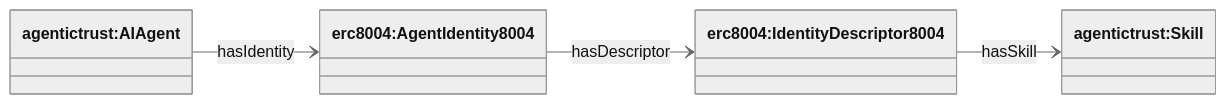
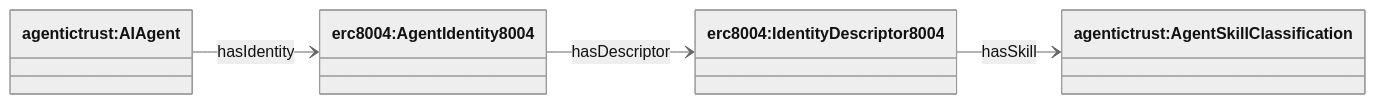
Before and after one commit to Agentic-Trust-Layer/agent-explorer: the fourth of 5 diagrams in docs/ontology/descriptor.md, drawn with Mermaid (neutral theme). The commit also changed other lines of this file and 6 other files, not shown here.

````diff
--- a/docs/ontology/descriptor.md
+++ b/docs/ontology/descriptor.md
@@ -144,13 +156,13 @@
 ```mermaid
 classDiagram
 direction LR
 
 class AIAgent["agentictrust:AIAgent"]
     class AgentIdentity8004["erc8004:AgentIdentity8004"]
 class IdentityDescriptor8004["erc8004:IdentityDescriptor8004"]
-class Skill["agentictrust:Skill"]
+class AgentSkillClassification["agentictrust:AgentSkillClassification"]
 
 AIAgent --> AgentIdentity8004 : hasIdentity
 AgentIdentity8004 --> IdentityDescriptor8004 : hasDescriptor
-IdentityDescriptor8004 --> Skill : hasSkill
+IdentityDescriptor8004 --> AgentSkillClassification : hasSkill
 ```
````
